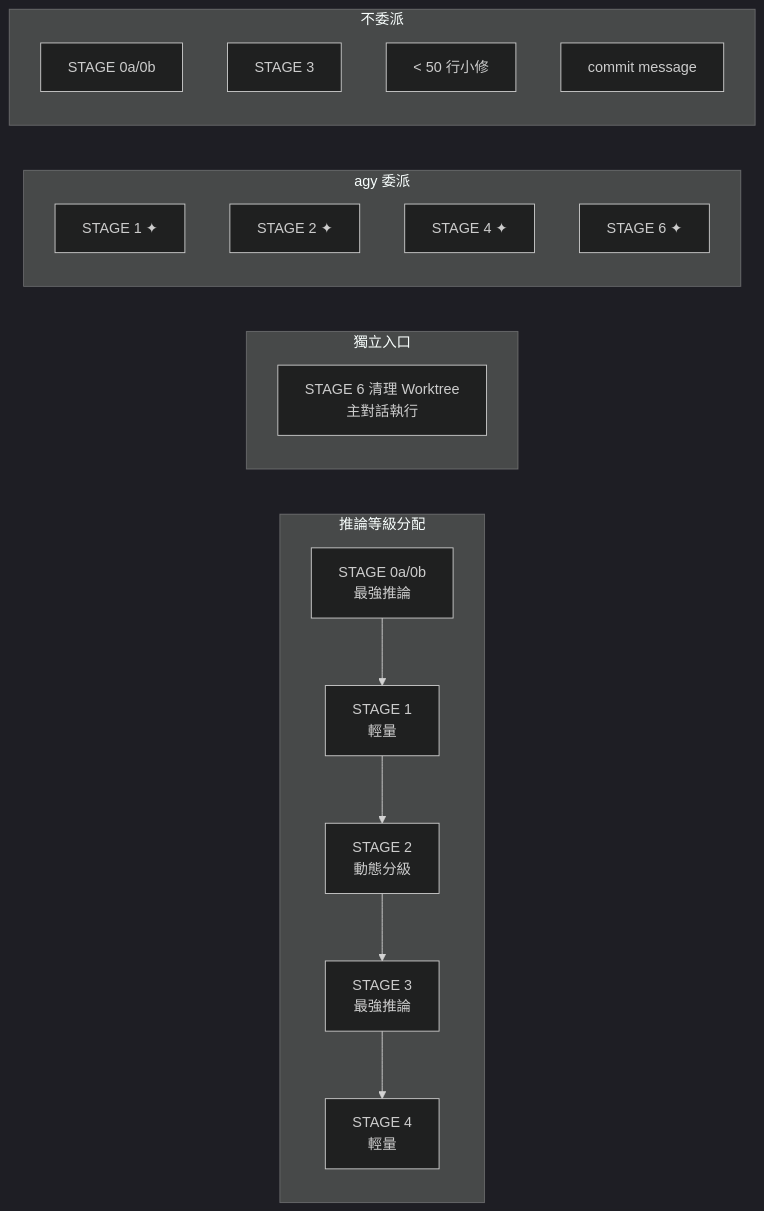
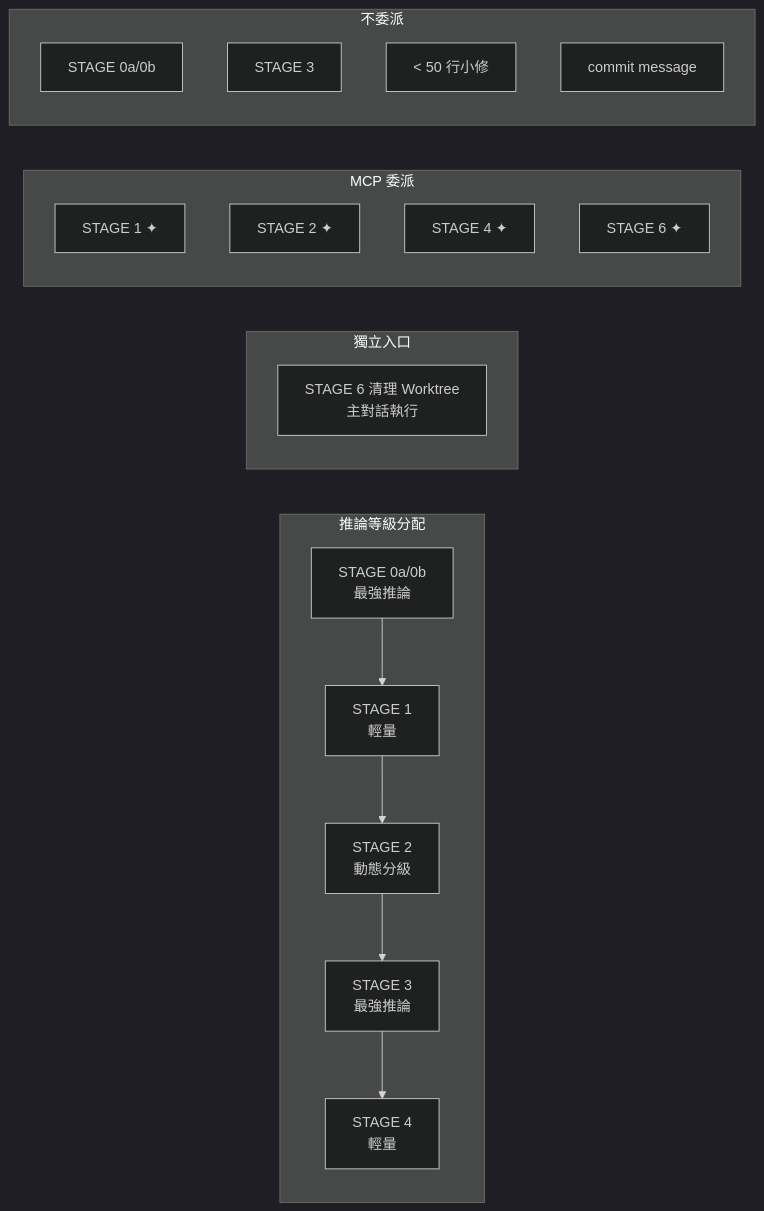
One commit to Yomiamy/flutter_inspector_kit changed the diagram in docs/architecture/2026-08-06-gen-dev-workflow-analysis.md. Above: the diagram before and after it, drawn with Mermaid (dark theme). The commit also changed other lines of this file and 6 other files, not shown here.

````diff
--- a/docs/architecture/2026-08-06-gen-dev-workflow-analysis.md
+++ b/docs/architecture/2026-08-06-gen-dev-workflow-analysis.md
@@ -238,27 +250,27 @@
 ```mermaid
 graph LR
     subgraph "推論等級分配"
         A["STAGE 0a/0b<br/>最強推論"] --> B["STAGE 1<br/>輕量"]
         B --> C["STAGE 2<br/>動態分級"]
         C --> D["STAGE 3<br/>最強推論"]
         D --> E["STAGE 4<br/>輕量"]
     end
 
     subgraph "獨立入口"
         E6["STAGE 6 清理 Worktree<br/>主對話執行"]
     end
 
-    subgraph "agy 委派"
+    subgraph "MCP 委派"
         B2["STAGE 1 ✦"] 
         C2["STAGE 2 ✦"]
         E2["STAGE 4 ✦"]
         F6["STAGE 6 ✦"]
     end
 
     subgraph "不委派"
         A2["STAGE 0a/0b"]
         D2["STAGE 3"]
         F2["< 50 行小修"]
         G2["commit message"]
     end
 ```
````
